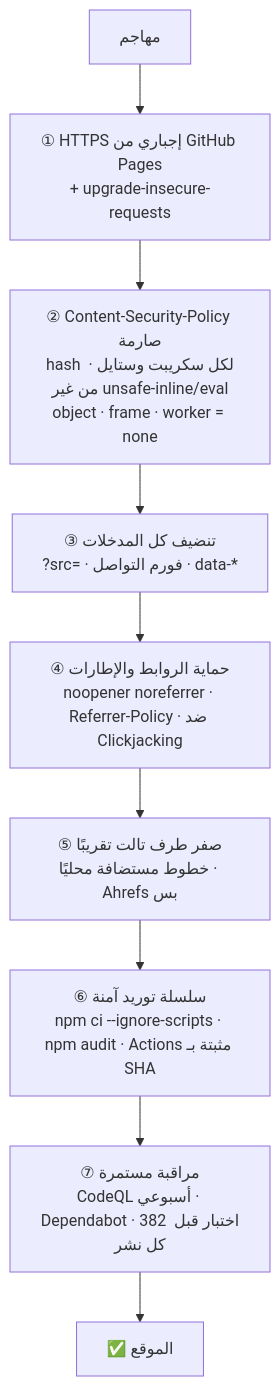
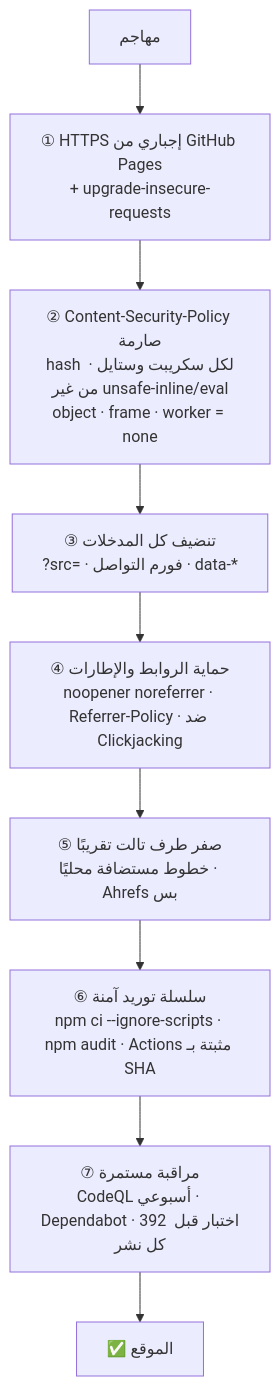
The second of 2 diagrams in docs/SECURITY-MODEL.md (atad-tech/atad-tech.github.io), drawn with Mermaid before and after one commit. The commit also changed 15 other files, not shown here.

````diff
--- a/docs/SECURITY-MODEL.md
+++ b/docs/SECURITY-MODEL.md
@@ -38,11 +38,11 @@
 ```mermaid
 flowchart TD
     A["مهاجم"] --> L1
     L1["① HTTPS إجباري من GitHub Pages<br/>+ upgrade-insecure-requests"] --> L2
     L2["② Content-Security-Policy صارمة<br/>hash لكل سكريبت وستايل · من غير unsafe-inline/eval<br/>object · frame · worker = none"] --> L3
     L3["③ تنضيف كل المدخلات<br/>?src= · فورم التواصل · data-*"] --> L4
     L4["④ حماية الروابط والإطارات<br/>noopener noreferrer · Referrer-Policy · ضد Clickjacking"] --> L5
     L5["⑤ صفر طرف تالت تقريبًا<br/>خطوط مستضافة محليًا · Ahrefs بس"] --> L6
     L6["⑥ سلسلة توريد آمنة<br/>npm ci --ignore-scripts · npm audit · Actions مثبتة بـ SHA"] --> L7
-    L7["⑦ مراقبة مستمرة<br/>CodeQL أسبوعي · Dependabot · 382 اختبار قبل كل نشر"] --> OK["✅ الموقع"]
+    L7["⑦ مراقبة مستمرة<br/>CodeQL أسبوعي · Dependabot · 392 اختبار قبل كل نشر"] --> OK["✅ الموقع"]
 ```
````
